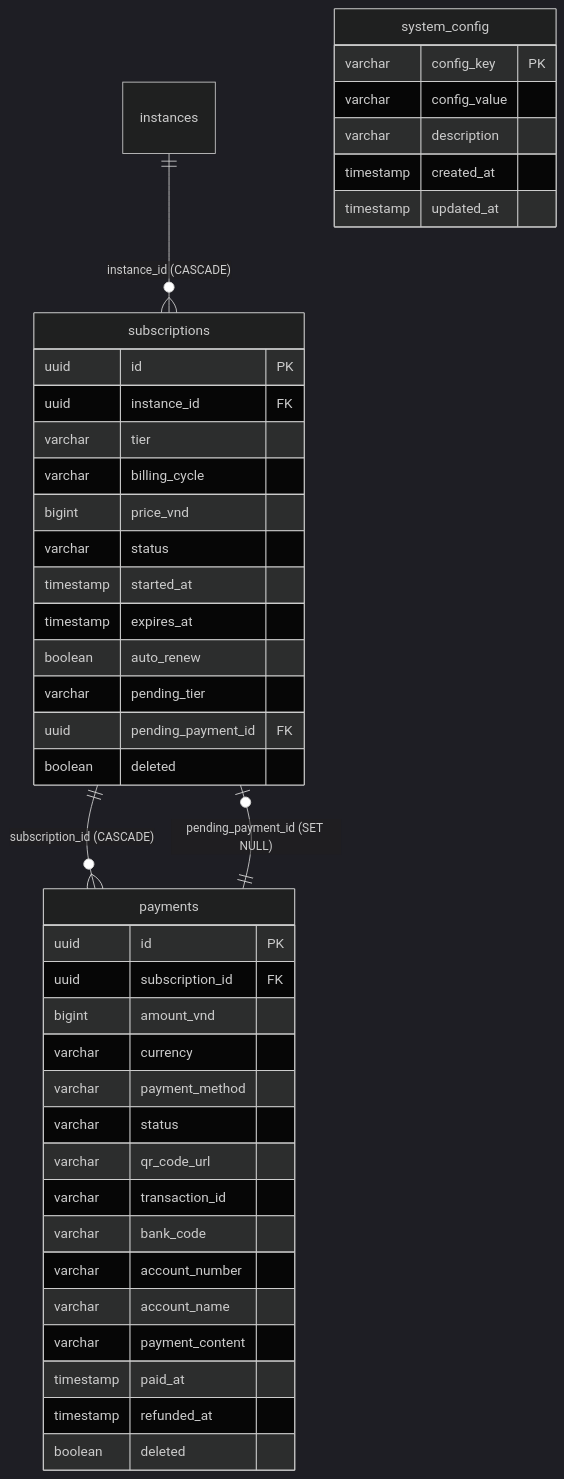
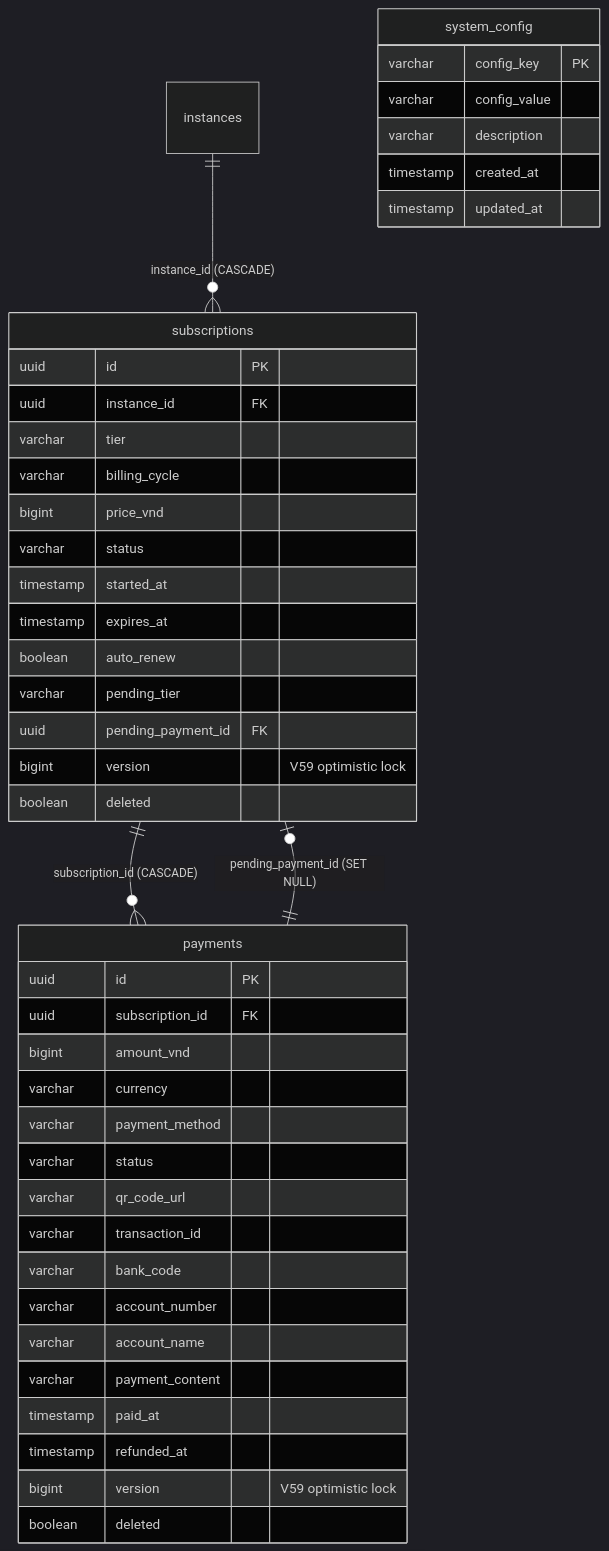
Before and after one commit to VictorAurelius/2026-Kite-Class-Platform: the diagram in documents/02-architecture/database/kitehub/02-subscription-billing.md, drawn with Mermaid (dark theme). The commit also changed other lines of this file and 66 other files, not shown here.

````diff
--- a/documents/02-architecture/database/kitehub/02-subscription-billing.md
+++ b/documents/02-architecture/database/kitehub/02-subscription-billing.md
@@ -26,45 +27,47 @@
 ```mermaid
 erDiagram
     instances ||--o{ subscriptions : "instance_id (CASCADE)"
     subscriptions ||--o{ payments : "subscription_id (CASCADE)"
     payments ||--o| subscriptions : "pending_payment_id (SET NULL)"
 
     subscriptions {
         uuid id PK
         uuid instance_id FK
         varchar tier
         varchar billing_cycle
         bigint price_vnd
         varchar status
         timestamp started_at
         timestamp expires_at
         boolean auto_renew
         varchar pending_tier
         uuid pending_payment_id FK
+        bigint version "V59 optimistic lock"
         boolean deleted
     }
     payments {
         uuid id PK
         uuid subscription_id FK
         bigint amount_vnd
         varchar currency
         varchar payment_method
         varchar status
         varchar qr_code_url
         varchar transaction_id
         varchar bank_code
         varchar account_number
         varchar account_name
         varchar payment_content
         timestamp paid_at
         timestamp refunded_at
+        bigint version "V59 optimistic lock"
         boolean deleted
     }
     system_config {
         varchar config_key PK
         varchar config_value
         varchar description
         timestamp created_at
         timestamp updated_at
     }
 ```
````
